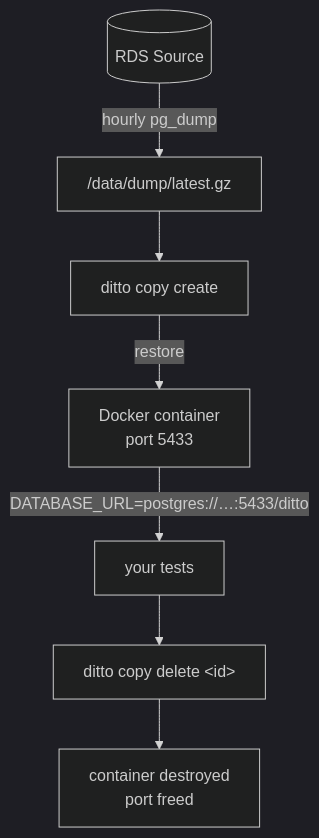
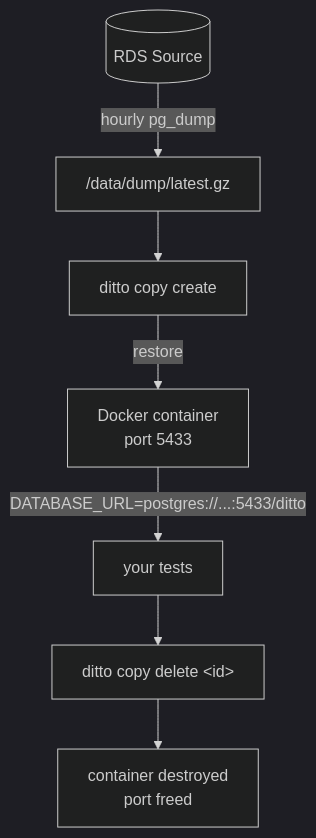
The diagram in README.md (attaradev/ditto), drawn with Mermaid (dark theme) before and after one commit. The commit also changed other lines of this file and 11 other files, not shown here.

````diff
--- a/README.md
+++ b/README.md
@@ -27,17 +100,17 @@
 ```mermaid
 flowchart TD
     RDS[(RDS Source)]
     DUMP["/data/dump/latest.gz"]
     CMD["ditto copy create"]
     CTR["Docker container\nport 5433"]
     TEST["your tests"]
     DEL["ditto copy delete &lt;id&gt;"]
     FREE["container destroyed\nport freed"]
 
     RDS -->|"hourly pg_dump"| DUMP
     DUMP --> CMD
     CMD -->|"restore"| CTR
-    CTR -->|"DATABASE_URL=postgres://…:5433/ditto"| TEST
+    CTR -->|"DATABASE_URL=postgres://...:5433/ditto"| TEST
     TEST --> DEL
     DEL --> FREE
 ```
````
